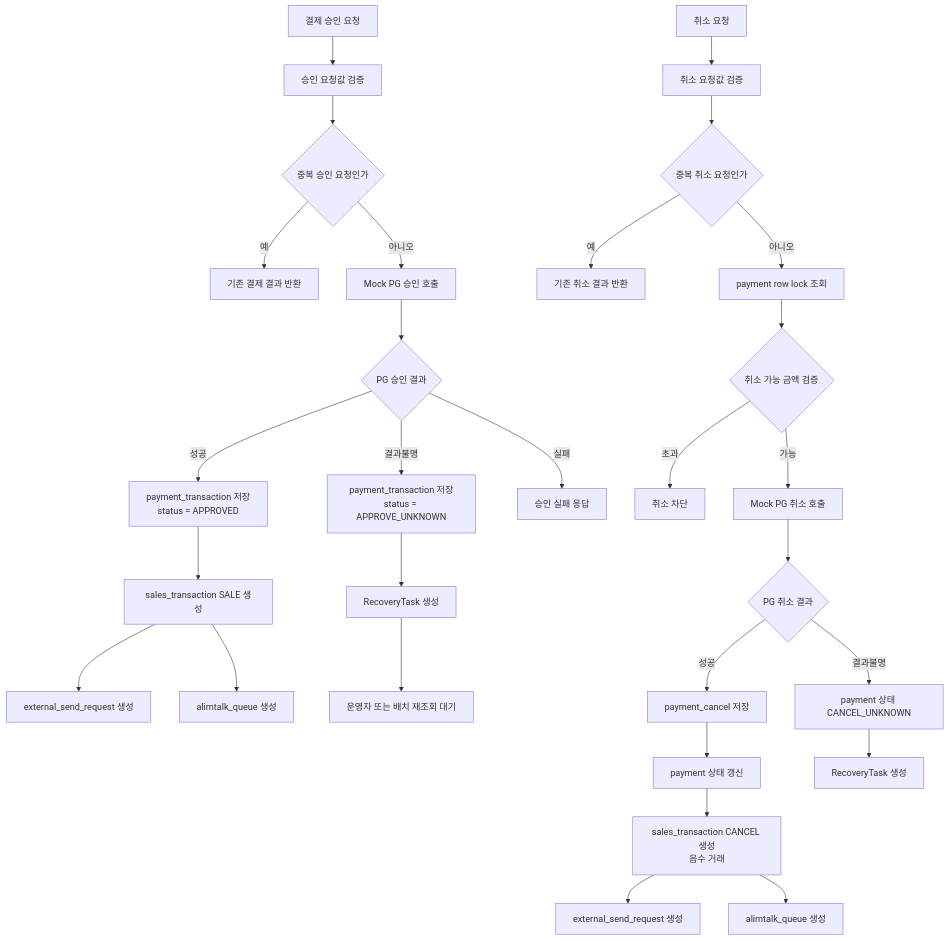
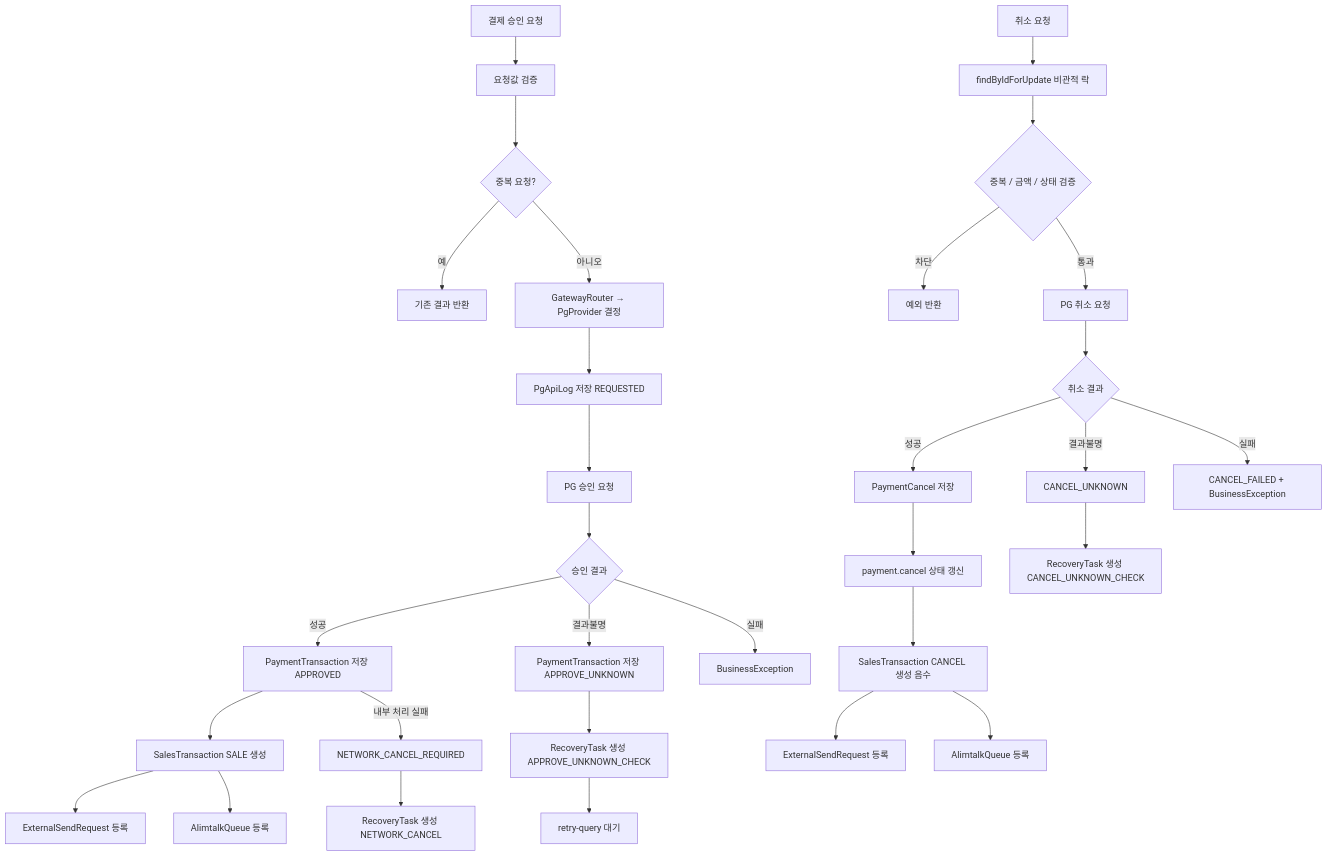
The first of 2 diagrams in README.md (Yeni924/yeni-backoffice), drawn with Mermaid before and after one commit. The commit also changed other lines of this file and 48 other files, not shown here.

````diff
--- a/README.md
+++ b/README.md
@@ -62,37 +109,39 @@
 ```mermaid
 flowchart TD
-    A[결제 승인 요청] --> B[승인 요청값 검증]
-    B --> C{중복 승인 요청인가}
-    C -- 예 --> C1[기존 결제 결과 반환]
-    C -- 아니오 --> D[Mock PG 승인 호출]
+    A[결제 승인 요청] --> B[요청값 검증]
+    B --> C{중복 요청?}
+    C -- 예 --> C1[기존 결과 반환]
+    C -- 아니오 --> D[GatewayRouter → PgProvider 결정]
+    D --> E[PgApiLog 저장 REQUESTED]
+    E --> F[PG 승인 요청]
 
-    D --> E{PG 승인 결과}
-    E -- 성공 --> F[payment_transaction 저장<br/>status = APPROVED]
-    F --> G[sales_transaction SALE 생성]
-    G --> H[external_send_request 생성]
-    G --> I[alimtalk_queue 생성]
+    F --> G{승인 결과}
+    G -- 성공 --> H[PaymentTransaction 저장 APPROVED]
+    H --> I[SalesTransaction SALE 생성]
+    I --> J[ExternalSendRequest 등록]
+    I --> K[AlimtalkQueue 등록]
+    H -- 내부 처리 실패 --> L[NETWORK_CANCEL_REQUIRED]
+    L --> M[RecoveryTask 생성 NETWORK_CANCEL]
 
-    E -- 결과불명 --> J[payment_transaction 저장<br/>status = APPROVE_UNKNOWN]
-    J --> K[RecoveryTask 생성]
-    K --> L[운영자 또는 배치 재조회 대기]
+    G -- 결과불명 --> N[PaymentTransaction 저장 APPROVE_UNKNOWN]
+    N --> O[RecoveryTask 생성 APPROVE_UNKNOWN_CHECK]
+    O --> P[retry-query 대기]
 
-    E -- 실패 --> M[승인 실패 응답]
+    G -- 실패 --> Q[BusinessException]
 
-    N[취소 요청] --> O[취소 요청값 검증]
-    O --> P{중복 취소 요청인가}
-    P -- 예 --> P1[기존 취소 결과 반환]
-    P -- 아니오 --> Q[payment row lock 조회]
-    Q --> R{취소 가능 금액 검증}
-    R -- 초과 --> R1[취소 차단]
-    R -- 가능 --> S[Mock PG 취소 호출]
+    R[취소 요청] --> S[findByIdForUpdate 비관적 락]
+    S --> T{중복 / 금액 / 상태 검증}
+    T -- 차단 --> T1[예외 반환]
+    T -- 통과 --> U[PG 취소 요청]
 
-    S --> T{PG 취소 결과}
-    T -- 성공 --> U[payment_cancel 저장]
-    U --> V[payment 상태 갱신]
-    V --> W[sales_transaction CANCEL 생성<br/>음수 거래]
-    W --> X[external_send_request 생성]
-    W --> Y[alimtalk_queue 생성]
+    U --> V{취소 결과}
+    V -- 성공 --> W[PaymentCancel 저장]
+    W --> X[payment.cancel 상태 갱신]
+    X --> Y[SalesTransaction CANCEL 생성 음수]
+    Y --> Z[ExternalSendRequest 등록]
+    Y --> AA[AlimtalkQueue 등록]
 
-    T -- 결과불명 --> Z[payment 상태 CANCEL_UNKNOWN]
-    Z --> AA[RecoveryTask 생성]
+    V -- 결과불명 --> AB[CANCEL_UNKNOWN]
+    AB --> AC[RecoveryTask 생성 CANCEL_UNKNOWN_CHECK]
+    V -- 실패 --> AD[CANCEL_FAILED + BusinessException]
 ```
````
